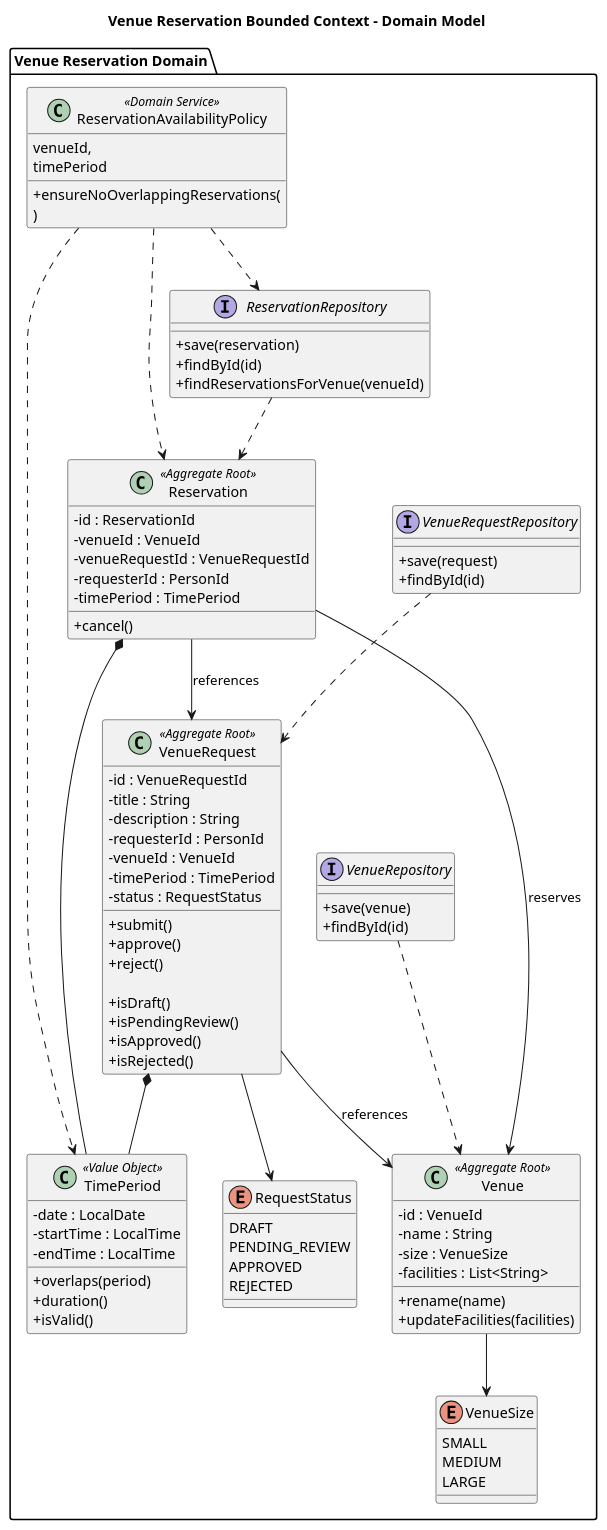
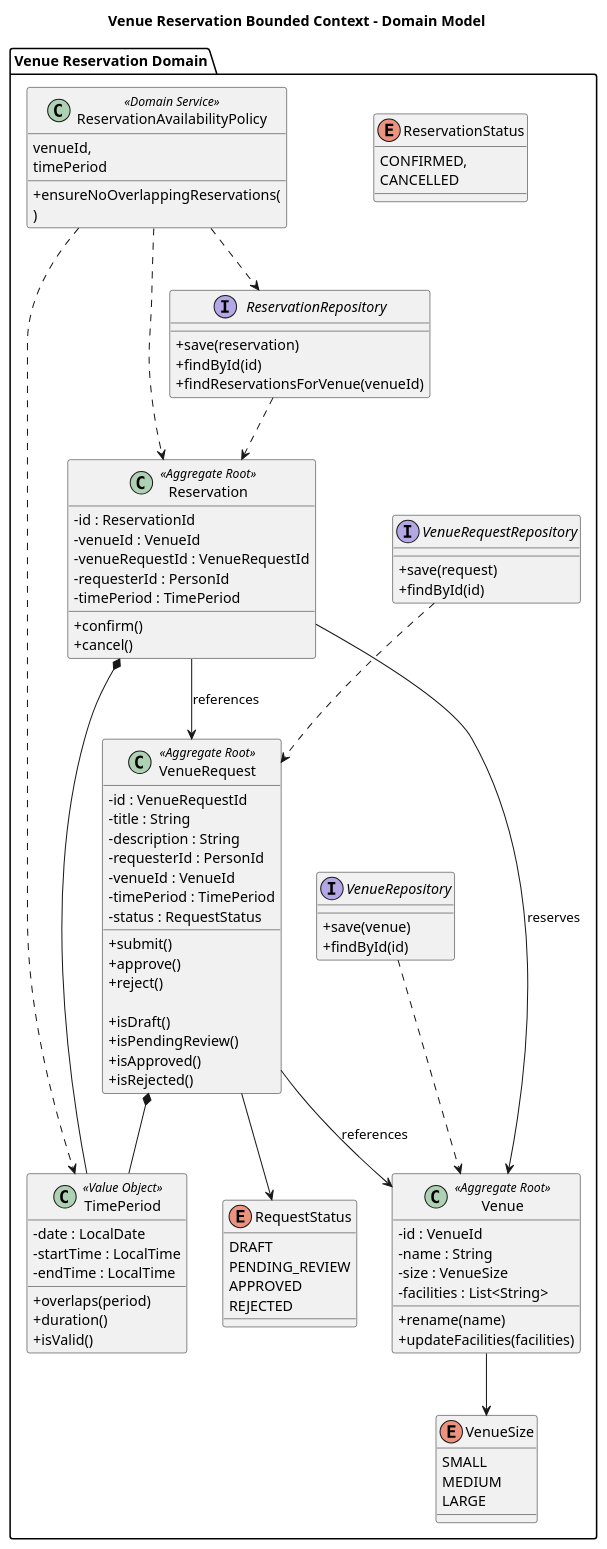
The diagram in documentation/VenueReservation.puml (mirukibs/Venue-Request), drawn with PlantUML before and after one commit. The commit also changed 1 other file, not shown here.

Commit message:
feat(VenueReservation): scaffolded the reservation aggregate.
- Implemented attributes
- Added method signatures
- Accounted for the reservation status enum in the plantuml

```diff
--- a/documentation/VenueReservation.puml
+++ b/documentation/VenueReservation.puml
@@ -1,138 +1,144 @@
 @startuml Venue Reservation Bounded Context - Domain Model
 title Venue Reservation Bounded Context - Domain Model
 
 skinparam classAttributeIconSize 0
 
 package "Venue Reservation Domain" {
 
 '=========================
 ' Aggregate Roots
 '=========================
 
 class VenueRequest <<Aggregate Root>> {
     - id : VenueRequestId
     - title : String
     - description : String
     - requesterId : PersonId
     - venueId : VenueId
     - timePeriod : TimePeriod
     - status : RequestStatus
 
     + submit()
     + approve()
     + reject()
 
     + isDraft()
     + isPendingReview()
     + isApproved()
     + isRejected()
 }
 
 class Reservation <<Aggregate Root>> {
     - id : ReservationId
     - venueId : VenueId
     - venueRequestId : VenueRequestId
     - requesterId : PersonId
     - timePeriod : TimePeriod
 
+    + confirm()
     + cancel()
 }
 
 class Venue <<Aggregate Root>> {
     - id : VenueId
     - name : String
     - size : VenueSize
     - facilities : List<String>
 
     + rename(name)
     + updateFacilities(facilities)
 }
 
 '=========================
 ' Value Objects
 '=========================
 
 class TimePeriod <<Value Object>> {
     - date : LocalDate
     - startTime : LocalTime
     - endTime : LocalTime
 
     + overlaps(period)
     + duration()
     + isValid()
 }
 
 '=========================
 ' Enumerations
 '=========================
 
 enum RequestStatus {
     DRAFT
     PENDING_REVIEW
     APPROVED
     REJECTED
 }
 
 enum VenueSize {
     SMALL
     MEDIUM
     LARGE
+}
+
+enum ReservationStatus {
+    CONFIRMED,
+    CANCELLED
 }
 
 '=========================
 ' Domain Service
 '=========================
 
 class ReservationAvailabilityPolicy <<Domain Service>> {
     + ensureNoOverlappingReservations(
         venueId,
         timePeriod
     )
 }
 
 '=========================
 ' Repository Interfaces
 '=========================
 
 interface VenueRequestRepository {
     + save(request)
     + findById(id)
 }
 
 interface ReservationRepository {
     + save(reservation)
     + findById(id)
     + findReservationsForVenue(venueId)
 }
 
 interface VenueRepository {
     + save(venue)
     + findById(id)
 }
 
 }
 
 '=========================
 ' Relationships
 '=========================
 
 VenueRequest *-- TimePeriod
 Reservation *-- TimePeriod
 
 Venue --> VenueSize
 
 VenueRequest --> RequestStatus
 
 Reservation --> VenueRequest : references
 VenueRequest --> Venue : references
 Reservation --> Venue : reserves
 
 ReservationAvailabilityPolicy ..> ReservationRepository
 ReservationAvailabilityPolicy ..> Reservation
 ReservationAvailabilityPolicy ..> TimePeriod
 
 VenueRequestRepository ..> VenueRequest
 ReservationRepository ..> Reservation
 VenueRepository ..> Venue
 
 @enduml
```
